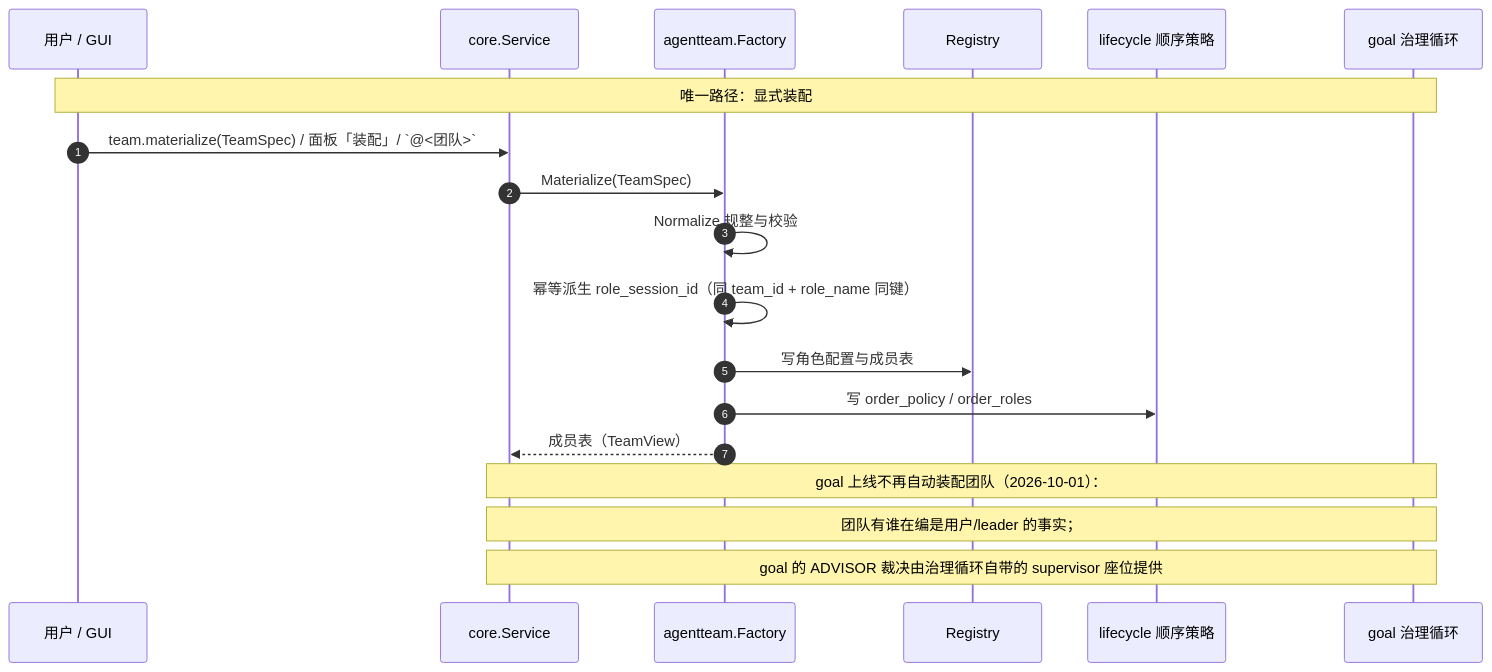
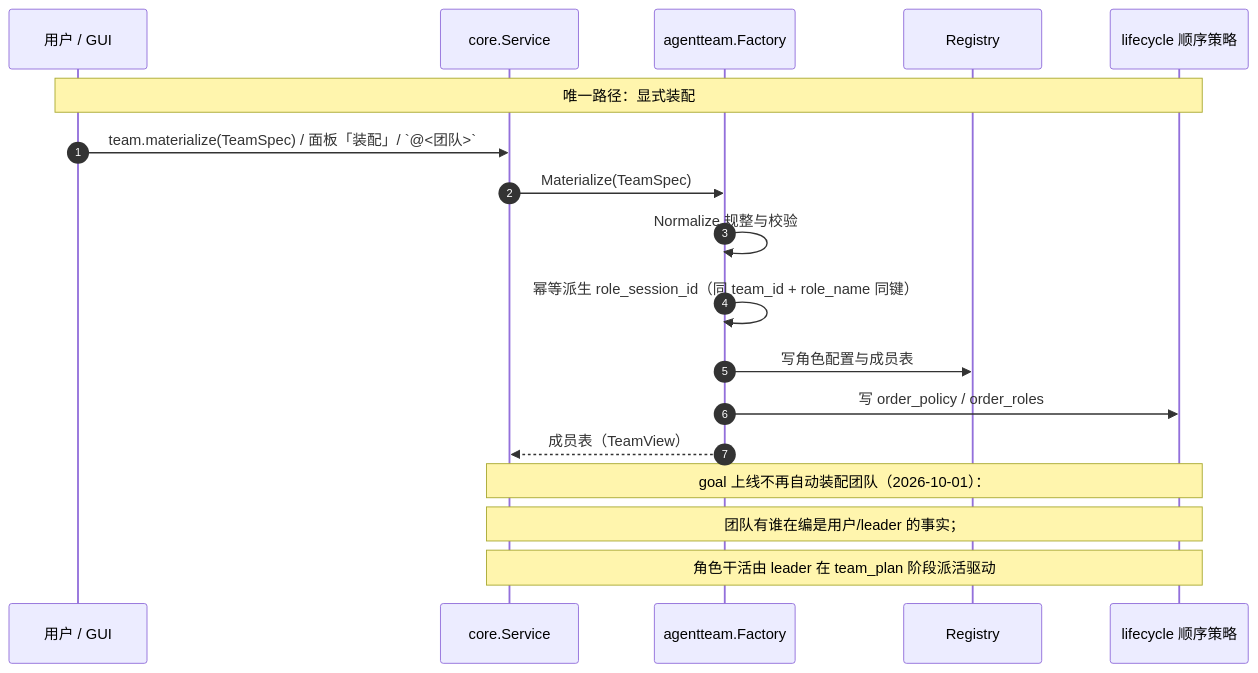
The second of 2 diagrams in application/core/agentteam/README.md (RedHuang-0622/seelex), drawn with Mermaid before and after one commit. The commit also changed other lines of this file and 77 other files, not shown here.

````diff
--- a/application/core/agentteam/README.md
+++ b/application/core/agentteam/README.md
@@ -89,23 +96,22 @@
 ```mermaid
 sequenceDiagram
     autonumber
     participant U as 用户 / GUI
     participant S as core.Service
     participant A as agentteam.Factory
     participant R as Registry
     participant L as lifecycle 顺序策略
-    participant G as goal 治理循环
 
-    Note over U,G: 唯一路径：显式装配
+    Note over U,L: 唯一路径：显式装配
     U->>S: team.materialize(TeamSpec) / 面板「装配」/ `@<团队>`
     S->>A: Materialize(TeamSpec)
     A->>A: Normalize 规整与校验
     A->>A: 幂等派生 role_session_id（同 team_id + role_name 同键）
     A->>R: 写角色配置与成员表
     A->>L: 写 order_policy / order_roles
     A-->>S: 成员表（TeamView）
 
-    Note over S,G: goal 上线不再自动装配团队（2026-10-01）：
-    Note over S,G: 团队有谁在编是用户/leader 的事实；
-    Note over S,G: goal 的 ADVISOR 裁决由治理循环自带的 supervisor 座位提供
+    Note over S,L: goal 上线不再自动装配团队（2026-10-01）：
+    Note over S,L: 团队有谁在编是用户/leader 的事实；
+    Note over S,L: 角色干活由 leader 在 team_plan 阶段派活驱动
 ```
````
